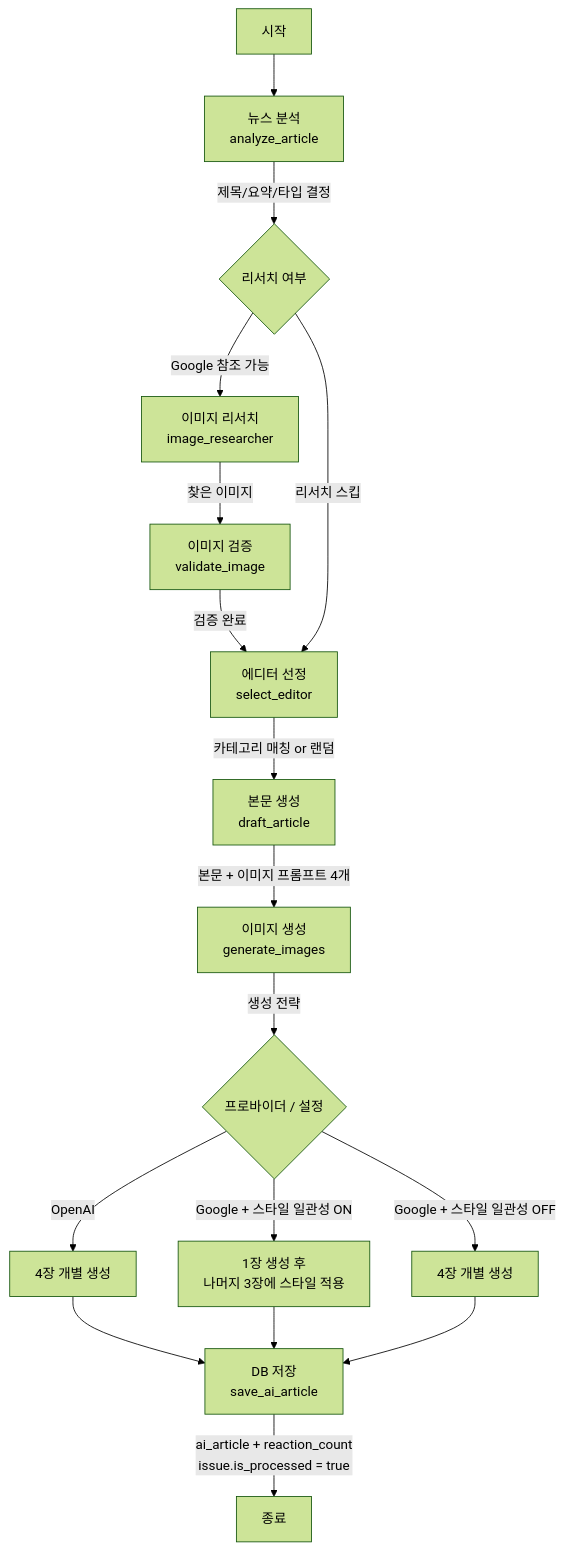
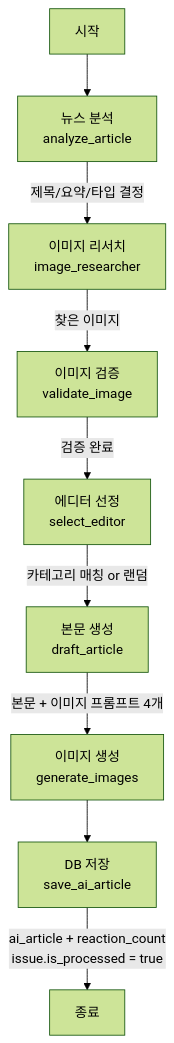
One commit to team-leekim/newsnack-ai changed the second of 3 diagrams in README.md. Above: the diagram before and after it, drawn with Mermaid (forest theme). The commit also changed other lines of this file and 4 other files, not shown here.

````diff
--- a/README.md
+++ b/README.md
@@ -71,24 +71,15 @@
 ```mermaid
 graph TD
     Start[시작] --> Analyze[뉴스 분석<br/>analyze_article]
-    Analyze --> |제목/요약/타입 결정| CheckResearch{리서치 여부}
+    Analyze --> |제목/요약/타입 결정| ImageResearcher[이미지 리서치<br/>image_researcher]
     
-    CheckResearch --> |Google 참조 가능| ImageResearcher[이미지 리서치<br/>image_researcher]
     ImageResearcher --> |찾은 이미지| ImageValidator[이미지 검증<br/>validate_image]
     ImageValidator --> |검증 완료| SelectEditor[에디터 선정<br/>select_editor]
     
-    CheckResearch --> |리서치 스킵| SelectEditor
     SelectEditor --> |카테고리 매칭 or 랜덤| ContentCreator[본문 생성<br/>draft_article]
     ContentCreator --> |본문 + 이미지 프롬프트 4개| ImageGen[이미지 생성<br/>generate_images]
     
-    ImageGen --> |생성 전략| ImageStrategy{프로바이더 / 설정}
-    ImageStrategy --> |OpenAI| OpenAI[4장 개별 생성]
-    ImageStrategy --> |Google + 스타일 일관성 OFF| GoogleNoRef[4장 개별 생성]
-    ImageStrategy --> |Google + 스타일 일관성 ON| GoogleRef[1장 생성 후<br/>나머지 3장에 스타일 적용]
-    
-    OpenAI --> Save[DB 저장<br/>save_ai_article]
-    GoogleRef --> Save
-    GoogleNoRef --> Save
+    ImageGen --> Save[DB 저장<br/>save_ai_article]
     
     Save --> |ai_article + reaction_count<br/>issue.is_processed = true| End[종료]
 ```
````
